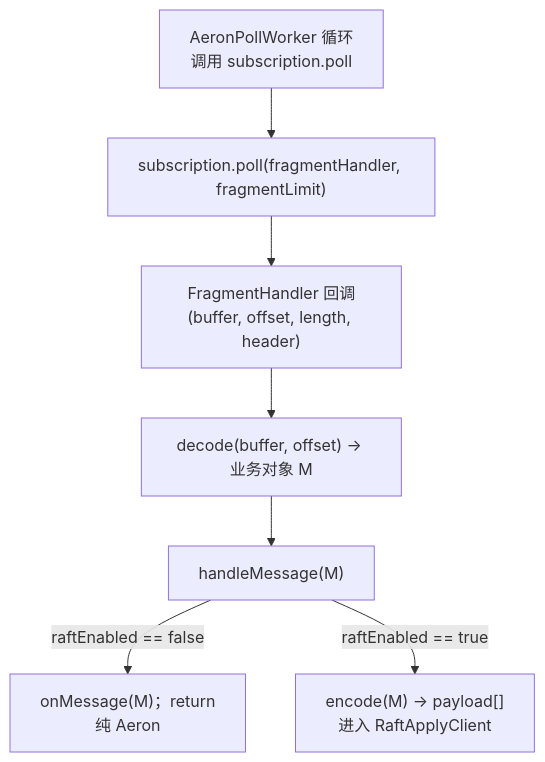
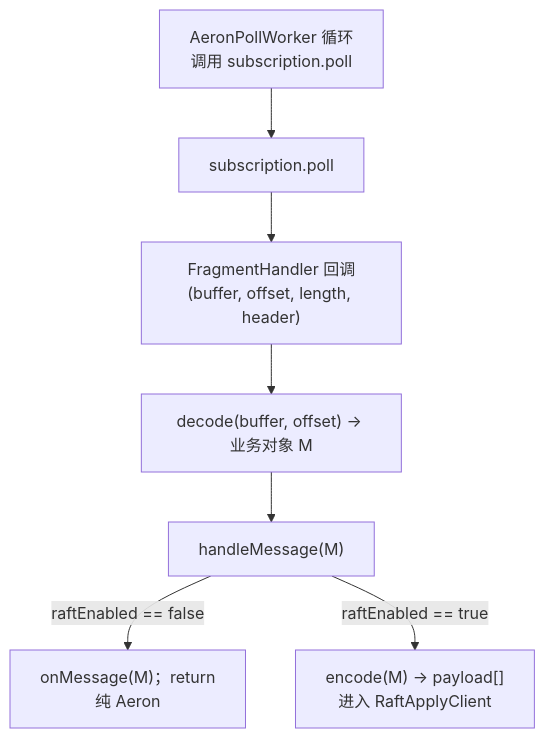
Before and after one commit to kyleexu/peanuts: the second of 6 diagrams in protocol/docs/aeron-raft/05-end-to-end-flow.md, drawn with Mermaid. The commit also changed 7 other files, not shown here.

````diff
--- a/protocol/docs/aeron-raft/05-end-to-end-flow.md
+++ b/protocol/docs/aeron-raft/05-end-to-end-flow.md
@@ -25,11 +25,11 @@
 ```mermaid
 flowchart TD
   W["AeronPollWorker 循环<br/>调用 subscription.poll"]
-  Po["subscription.poll(fragmentHandler, fragmentLimit)"]
+  Po["subscription.poll"]
   FH["FragmentHandler 回调<br/>(buffer, offset, length, header)"]
   Dec["decode(buffer, offset) → 业务对象 M"]
   H["handleMessage(M)"]
   W --> Po --> FH --> Dec --> H
   H -->|"raftEnabled == false"| OM["onMessage(M)；return<br/>纯 Aeron"]
   H -->|"raftEnabled == true"| Rpath["encode(M) → payload[]<br/>进入 RaftApplyClient"]
 ```
````
